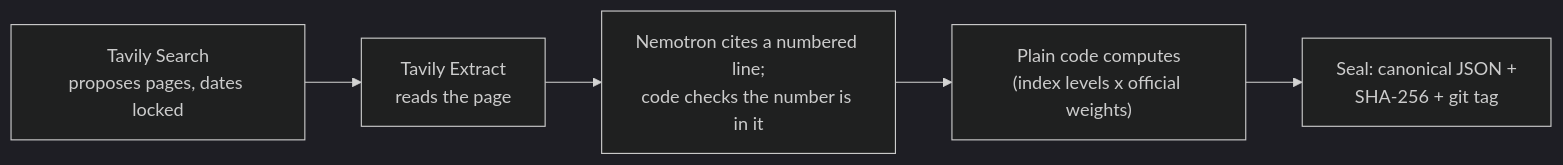
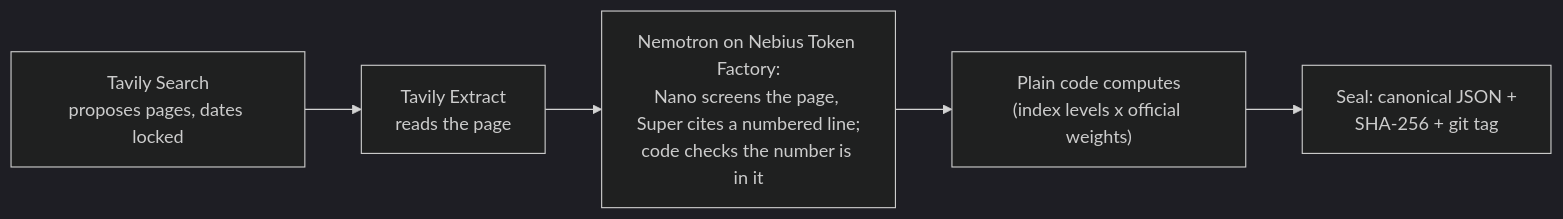
One commit to bhavikjain026/shadow-cpi changed the diagram in README.md. Above: the diagram before and after it, drawn with Mermaid (dark theme). The commit also changed other lines of this file and 10 other files, not shown here.

Commit message:
Name Nemotron on Nebius Token Factory in the flow diagram, README, Devpost, app first screen and pipeline doc (display only)

````diff
--- a/README.md
+++ b/README.md
@@ -336,7 +338,7 @@
 ```mermaid
 flowchart LR
     S["Tavily Search<br/>proposes pages, dates locked"] --> X["Tavily Extract<br/>reads the page"]
-    X --> N["Nemotron cites a numbered line;<br/>code checks the number is in it"]
+    X --> N["Nemotron on Nebius Token Factory:<br/>Nano screens the page, Super cites a numbered line;<br/>code checks the number is in it"]
     N --> C["Plain code computes<br/>(index levels x official weights)"]
     C --> SEAL["Seal: canonical JSON +<br/>SHA-256 + git tag"]
 ```
````
